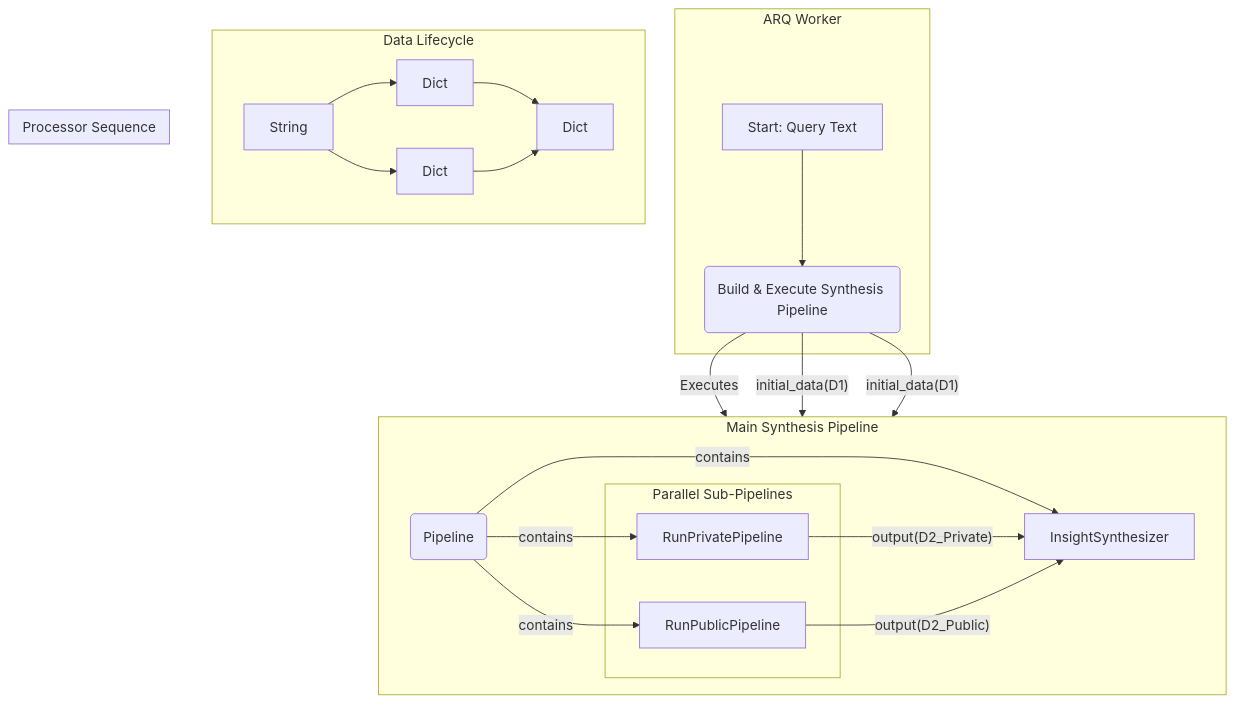
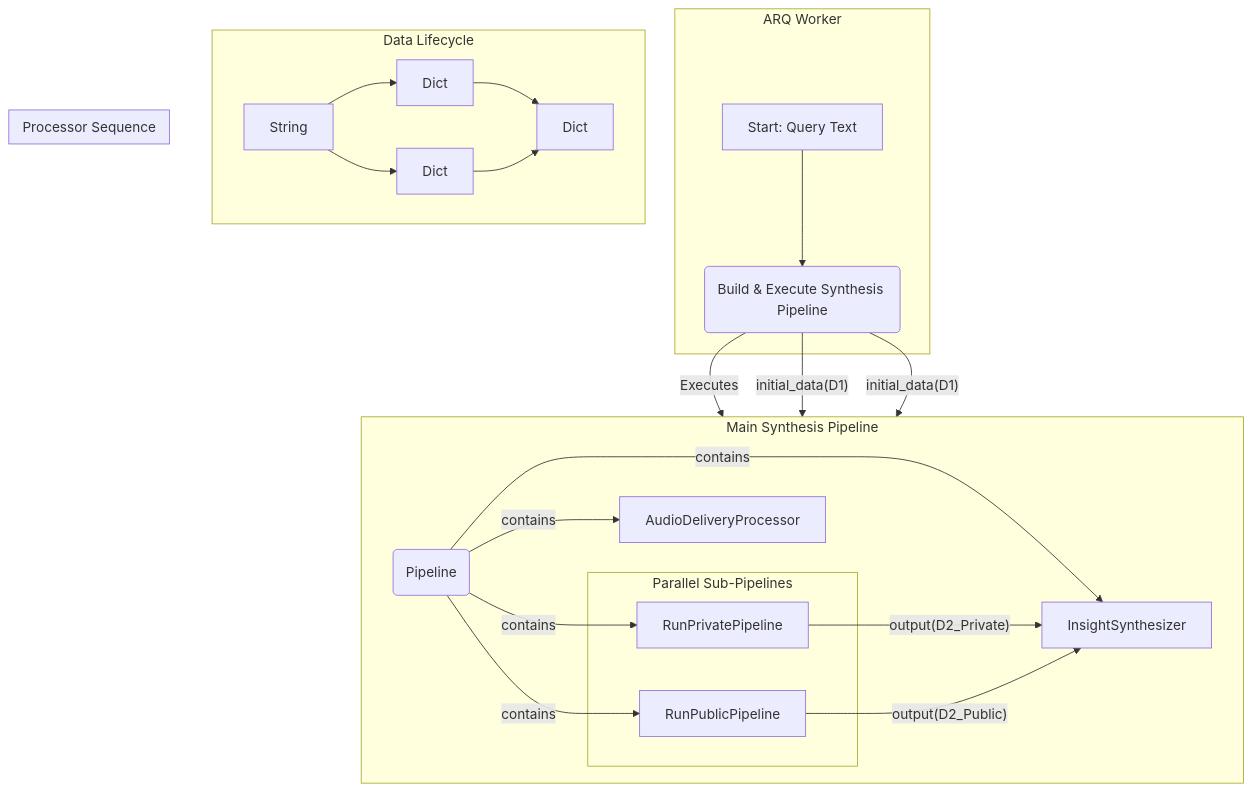
One commit to Itish2003/Cortex_Mentor changed the fourth of 7 diagrams in docs/architecture.md. Above: the diagram before and after it, drawn with Mermaid. The commit also changed other lines of this file and 1 other file, not shown here.

Commit message:
docs: enhance architecture and vision documents with real-time audio delivery details

````diff
--- a/docs/architecture.md
+++ b/docs/architecture.md
@@ -238,39 +261,40 @@
 ```mermaid
 graph TD
     subgraph "ARQ Worker"
         A["Start: Query Text"]
         B(Build & Execute Synthesis Pipeline)
     end
 
     subgraph "Main Synthesis Pipeline"
         direction LR
         subgraph "Parallel Sub-Pipelines"
             P1[RunPrivatePipeline]
             P2[RunPublicPipeline]
         end
         C(Pipeline) -- contains --> P1
         C(Pipeline) -- contains --> P2
-        C -- contains --> P3[InsightSynthesizer]
+        C(Pipeline) -- contains --> P3[InsightSynthesizer]
+        C -- contains --> P4[AudioDeliveryProcessor]
     end
 
     %% Data Transformation Flow
     subgraph "Data Lifecycle"
         direction LR
         D1[String] --> D2_Private[Dict]
         D1 --> D2_Public[Dict]
         D2_Private --> D3[Dict]
         D2_Public --> D3[Dict]
     end
 
     %% Link Execution to Data
     A --> B
     B -- Executes --> C
 
     subgraph "Processor Sequence"
         direction LR
         B -- "initial_data(D1)" --> P1
         B -- "initial_data(D1)" --> P2
         P1 -- "output(D2_Private)" --> P3
         P2 -- "output(D2_Public)" --> P3
     end
 ```
````
